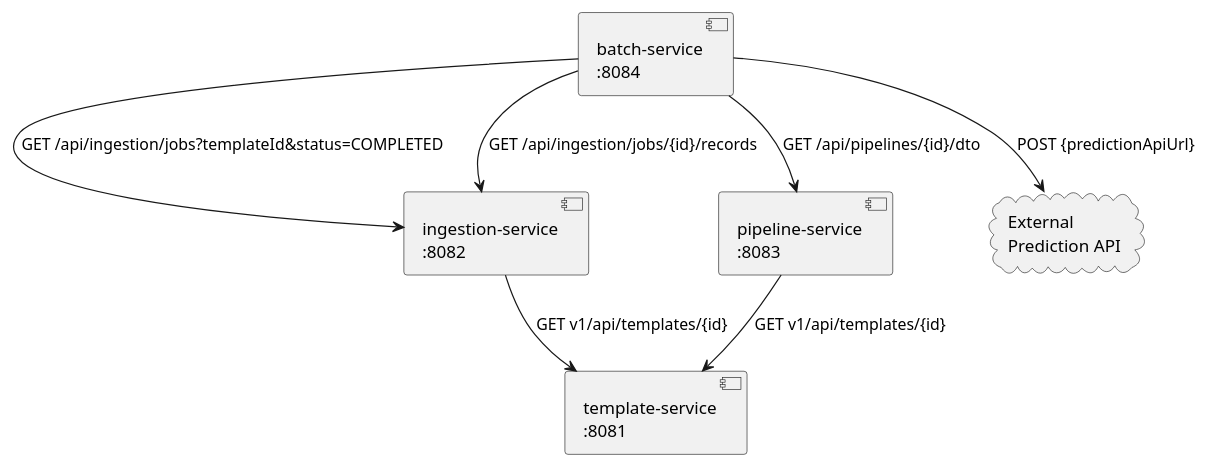
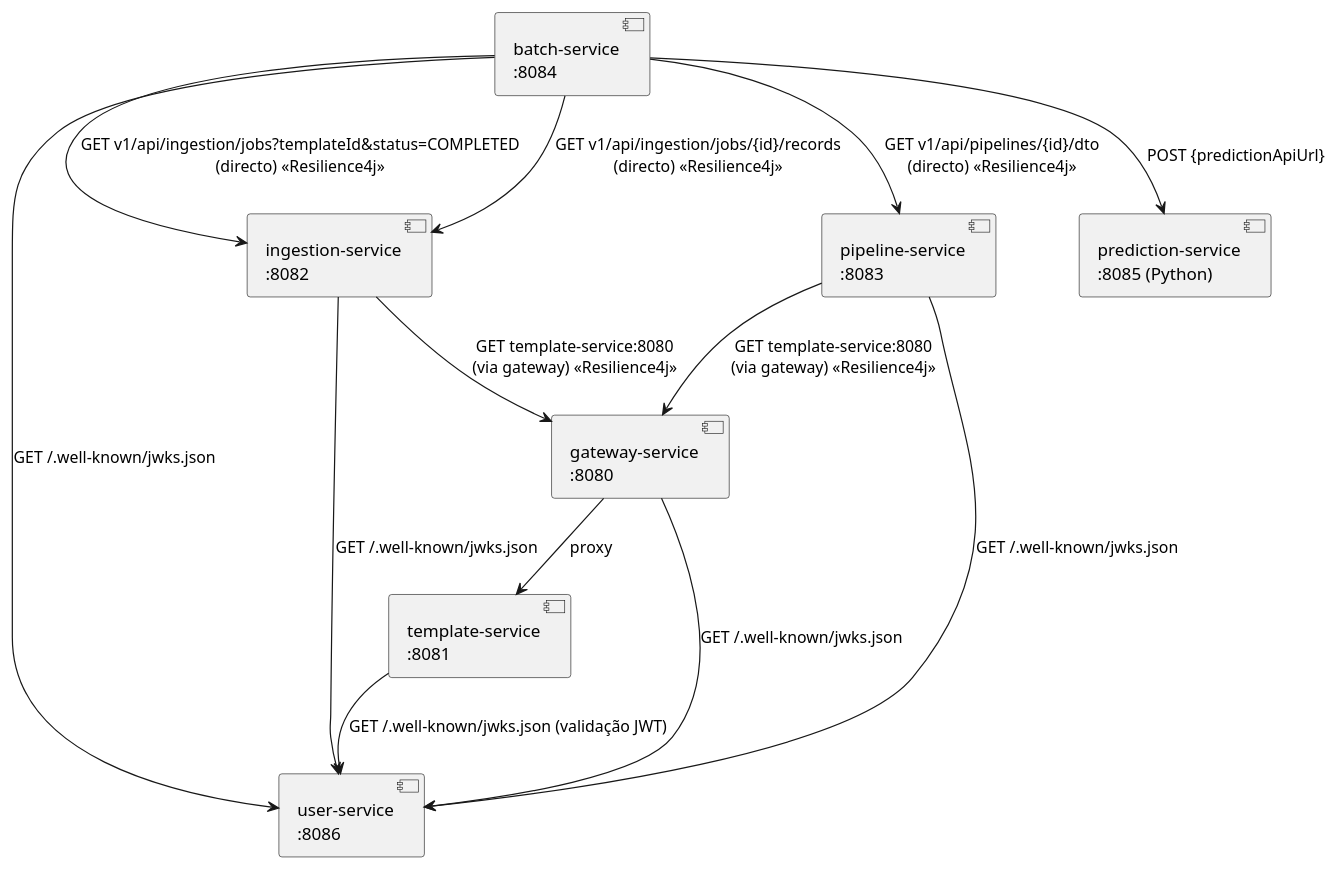
The sixth of 17 diagrams in docs/technical-documentation.md (paulo-uab/salesPrevision), drawn with PlantUML before and after one commit. The commit also changed other lines of this file and 48 other files, not shown here.

````diff
--- a/docs/technical-documentation.md
+++ b/docs/technical-documentation.md
@@ -567,16 +713,24 @@
 ```plantuml
 @startuml inter-service
+component "gateway-service\n:8080" as GW
+component "user-service\n:8086" as US
 component "template-service\n:8081" as TS
 component "ingestion-service\n:8082" as IS
 component "pipeline-service\n:8083" as PS
 component "batch-service\n:8084" as BS
-cloud "External\nPrediction API" as EXT
+component "prediction-service\n:8085 (Python)" as PRED
 
-IS --> TS : GET v1/api/templates/{id}
-PS --> TS : GET v1/api/templates/{id}
-BS --> PS : GET /api/pipelines/{id}/dto
-BS --> IS : GET /api/ingestion/jobs?templateId&status=COMPLETED
-BS --> IS : GET /api/ingestion/jobs/{id}/records
-BS --> EXT : POST {predictionApiUrl}
+IS --> GW : GET template-service:8080\n(via gateway) <<Resilience4j>>
+PS --> GW : GET template-service:8080\n(via gateway) <<Resilience4j>>
+GW --> TS : proxy
+BS --> PS : GET v1/api/pipelines/{id}/dto\n(directo) <<Resilience4j>>
+BS --> IS : GET v1/api/ingestion/jobs?templateId&status=COMPLETED\n(directo) <<Resilience4j>>
+BS --> IS : GET v1/api/ingestion/jobs/{id}/records\n(directo) <<Resilience4j>>
+BS --> PRED : POST {predictionApiUrl}
+TS --> US : GET /.well-known/jwks.json (validação JWT)
+IS --> US : GET /.well-known/jwks.json
+PS --> US : GET /.well-known/jwks.json
+BS --> US : GET /.well-known/jwks.json
+GW --> US : GET /.well-known/jwks.json
 @enduml
 ```
````
